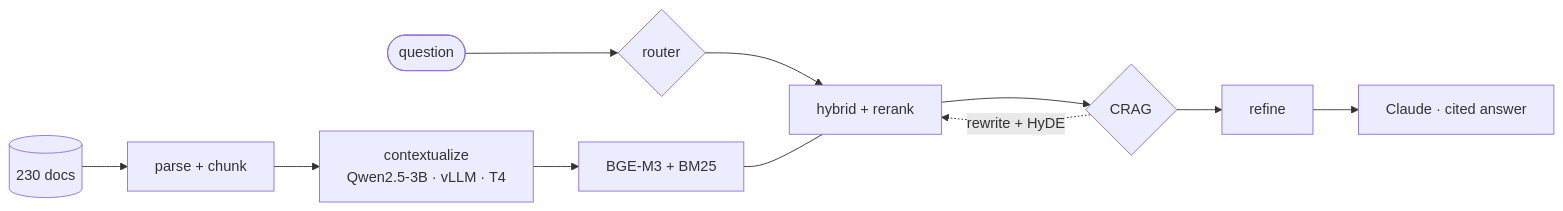
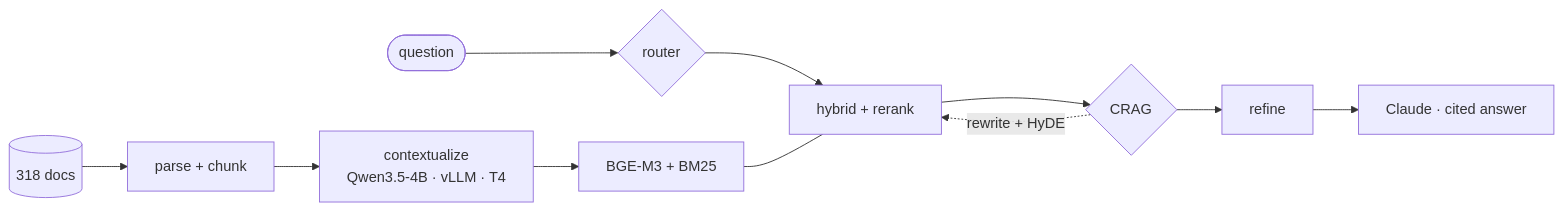
The diagram in README.md (nrusnac/DP_task_RAG), drawn with Mermaid before and after one commit. The commit also changed other lines of this file and 5 other files, not shown here.

````diff
--- a/README.md
+++ b/README.md
@@ -37,7 +41,7 @@
 ```mermaid
 flowchart LR
-    D[(230 docs)] --> P[parse + chunk] --> C[contextualize<br/>Qwen2.5-3B · vLLM · T4] --> I[BGE-M3 + BM25]
+    D[(318 docs)] --> P[parse + chunk] --> C[contextualize<br/>Qwen3.5-4B · vLLM · T4] --> I[BGE-M3 + BM25]
     Q([question]) --> R{router} --> RET[hybrid + rerank] --> G{CRAG} --> RF[refine] --> GEN[Claude · cited answer]
     G -.rewrite + HyDE.-> RET
     I --- RET
 ```
````
